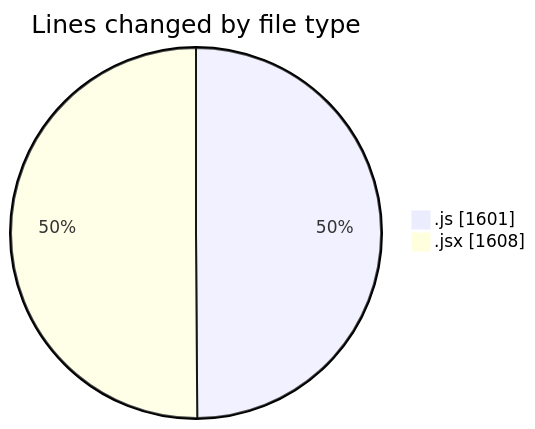
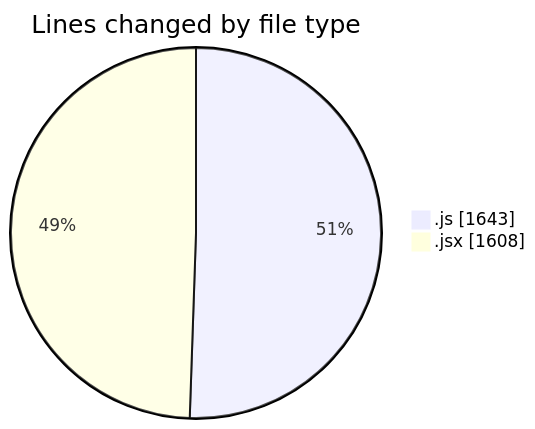
The first of 2 diagrams in 2025-09-18/nxtqube_webapp/README.md (nxtqubesakshisongat/code-tracking), drawn with Mermaid before and after one commit. The commit also changed other lines of this file and 1 other file, not shown here.

````diff
--- a/2025-09-18/nxtqube_webapp/README.md
+++ b/2025-09-18/nxtqube_webapp/README.md
@@ -26,6 +26,6 @@
 ```mermaid
 pie showData
 title Lines changed by file type
-".js" : 1601
+".js" : 1643
 ".jsx" : 1608
 ```
````
